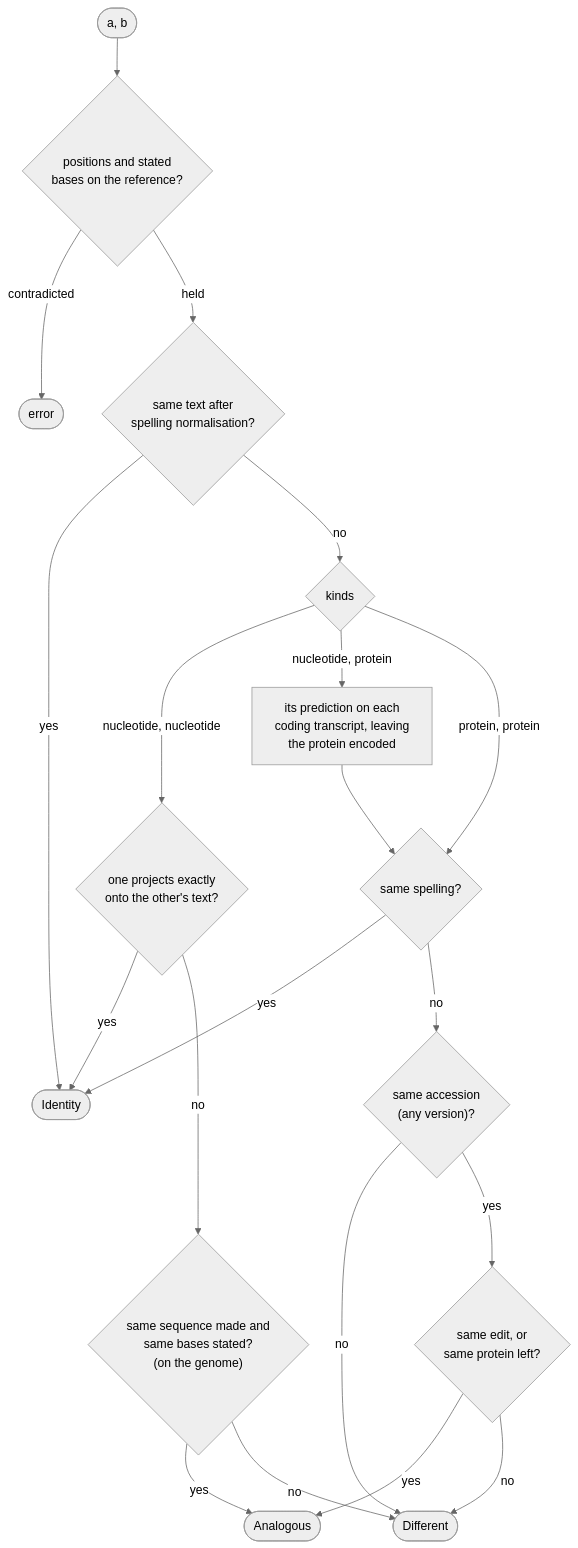
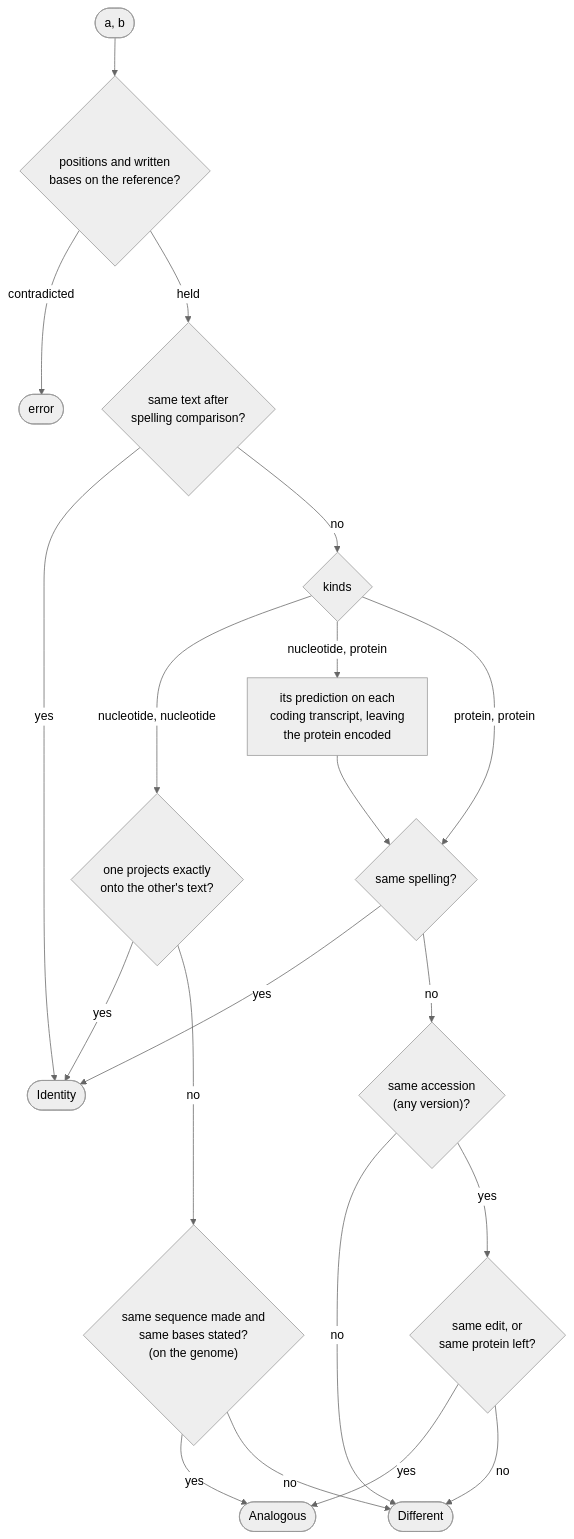
Before and after one commit to populationgenomics/hgvs-weaver: the diagram in docs/source/equivalence_logic.md, drawn with Mermaid (neutral theme). The commit also changed other lines of this file and 74 other files, not shown here.

````diff
--- a/docs/source/equivalence_logic.md
+++ b/docs/source/equivalence_logic.md
@@ -31,22 +31,22 @@
 ```mermaid
 flowchart TD
-    Start(["a, b"]) --> Check{"positions and stated<br/>bases on the reference?"}
+    Start(["a, b"]) --> Check{"positions and written<br/>bases on the reference?"}
     Check -- "contradicted" --> Error([error])
-    Check -- held --> Text{"same text after<br/>spelling normalisation?"}
+    Check -- held --> Text{"same text after<br/>spelling comparison?"}
     Text -- yes --> Identity([Identity])
     Text -- no --> Kind{kinds}
     Kind -- "nucleotide, nucleotide" --> Proj{"one projects exactly<br/>onto the other's text?"}
     Proj -- yes --> Identity
     Proj -- no --> Allele{"same sequence made and<br/>same bases stated?<br/>(on the genome)"}
     Kind -- "nucleotide, protein" --> Pred["its prediction on each<br/>coding transcript, leaving<br/>the protein encoded"]
     Pred --> Prot
     Kind -- "protein, protein" --> Prot{"same spelling?"}
     Prot -- yes --> Identity
     Prot -- no --> Base{"same accession<br/>(any version)?"}
     Base -- no --> Different([Different])
     Base -- yes --> Left{"same edit, or<br/>same protein left?"}
     Allele -- yes --> Analogous([Analogous])
     Allele -- no --> Different
     Left -- yes --> Analogous
     Left -- no --> Different
 ```
````
